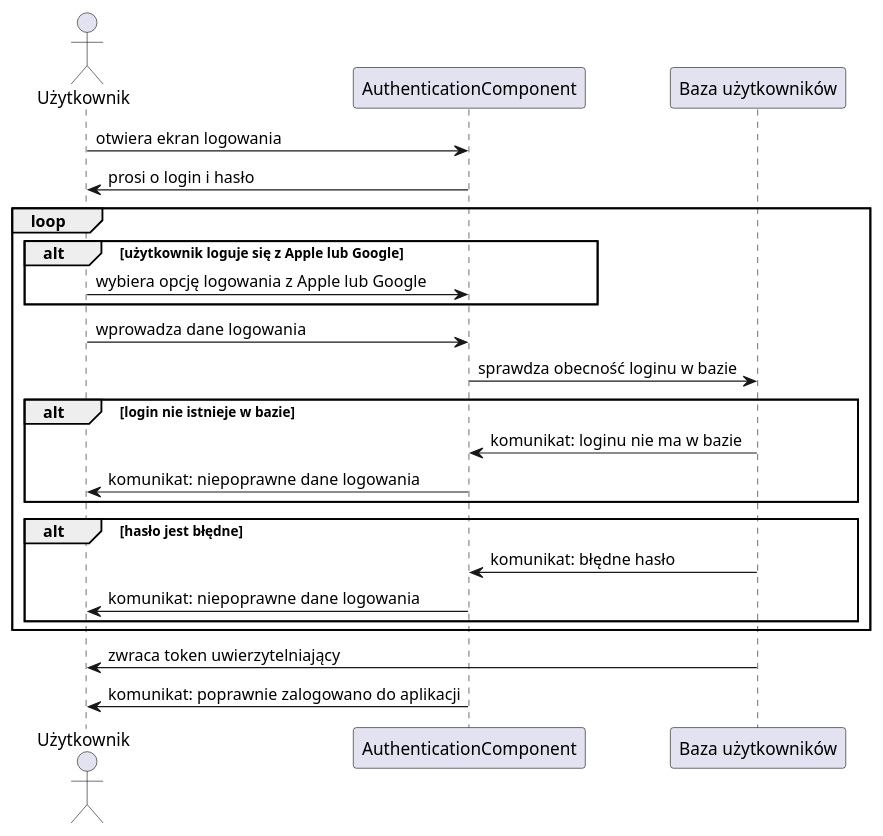
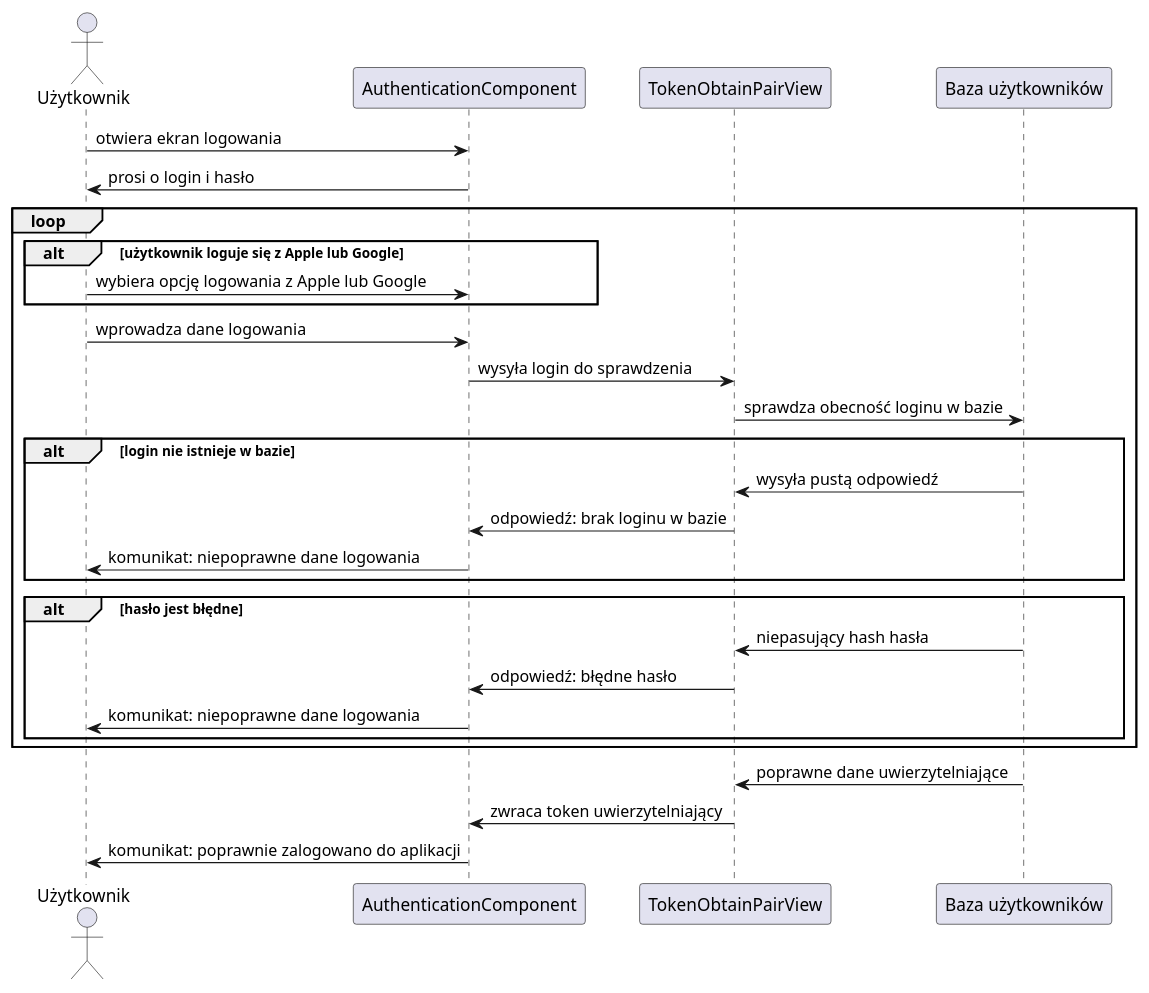
The diagram in docs/login_sequence.md (amelinium23/food-ordering-and-delivering-service), drawn with PlantUML before and after one commit. The commit also changed 6 other files, not shown here.

Commit message:
Update diagrams

````diff
--- a/docs/login_sequence.md
+++ b/docs/login_sequence.md
@@ -1,27 +1,32 @@
 ```plantuml
 @startuml login
 actor Użytkownik as user
 participant "AuthenticationComponent" as log
+participant "TokenObtainPairView" as api
 participant "Baza użytkowników" as db
 
 user -> log : otwiera ekran logowania
 user <- log : prosi o login i hasło
 loop
     alt użytkownik loguje się z Apple lub Google
         user -> log : wybiera opcję logowania z Apple lub Google
     end
     user -> log : wprowadza dane logowania
- log -> db : sprawdza obecność loginu w bazie
+    log -> api : wysyła login do sprawdzenia
+ api -> db : sprawdza obecność loginu w bazie
     alt login nie istnieje w bazie
-        log <- db : komunikat: loginu nie ma w bazie
+        db -> api : wysyła pustą odpowiedź
+        log <- api : odpowiedź: brak loginu w bazie
         user <- log : komunikat: niepoprawne dane logowania
     end
     alt hasło jest błędne
-        log <- db : komunikat: błędne hasło
+        db -> api : niepasujący hash hasła
+        log <- api : odpowiedź: błędne hasło
         user <- log : komunikat: niepoprawne dane logowania
     end
 end
-user <- db: zwraca token uwierzytelniający
+api <- db: poprawne dane uwierzytelniające
+log <- api: zwraca token uwierzytelniający
 user <- log: komunikat: poprawnie zalogowano do aplikacji
 @enduml
 ```
````
